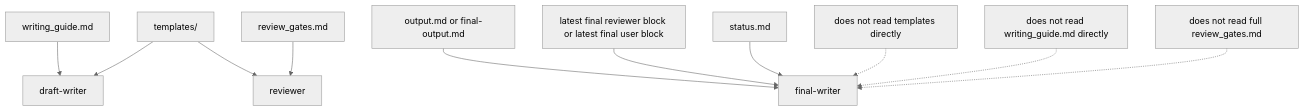
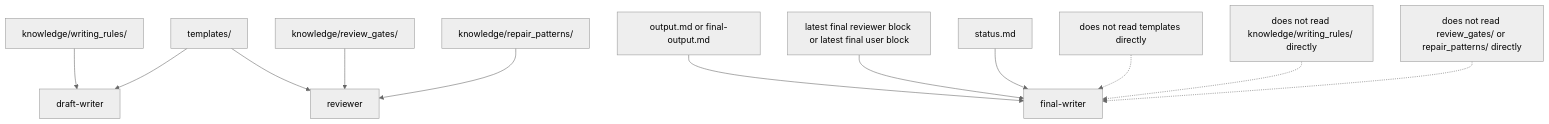
Before and after one commit to Jim0xff/deepflow-singularity: the third of 4 diagrams in docs/SINGULARITY_STEP7_KNOWLEDGE_LOADING.md, drawn with Mermaid (neutral theme). The commit also changed other lines of this file and 3 other files, not shown here.

````diff
--- a/docs/SINGULARITY_STEP7_KNOWLEDGE_LOADING.md
+++ b/docs/SINGULARITY_STEP7_KNOWLEDGE_LOADING.md
@@ -154,16 +156,17 @@
 ```mermaid
 flowchart TD
   T["templates/"] --> DW["draft-writer"]
-  W["writing_guide.md"] --> DW
+  W["knowledge/writing_rules/"] --> DW
 
-  G["review_gates.md"] --> R["reviewer"]
+  G["knowledge/review_gates/"] --> R["reviewer"]
+  RP["knowledge/repair_patterns/"] --> R
   T --> R
 
   O["output.md or final-output.md"] --> FW["final-writer"]
   D["latest final reviewer block or latest final user block"] --> FW
   S["status.md"] --> FW
 
   X1["does not read templates directly"] -.-> FW
-  X2["does not read writing_guide.md directly"] -.-> FW
-  X3["does not read full review_gates.md"] -.-> FW
+  X2["does not read knowledge/writing_rules/ directly"] -.-> FW
+  X3["does not read review_gates/ or repair_patterns/ directly"] -.-> FW
 ```
````
